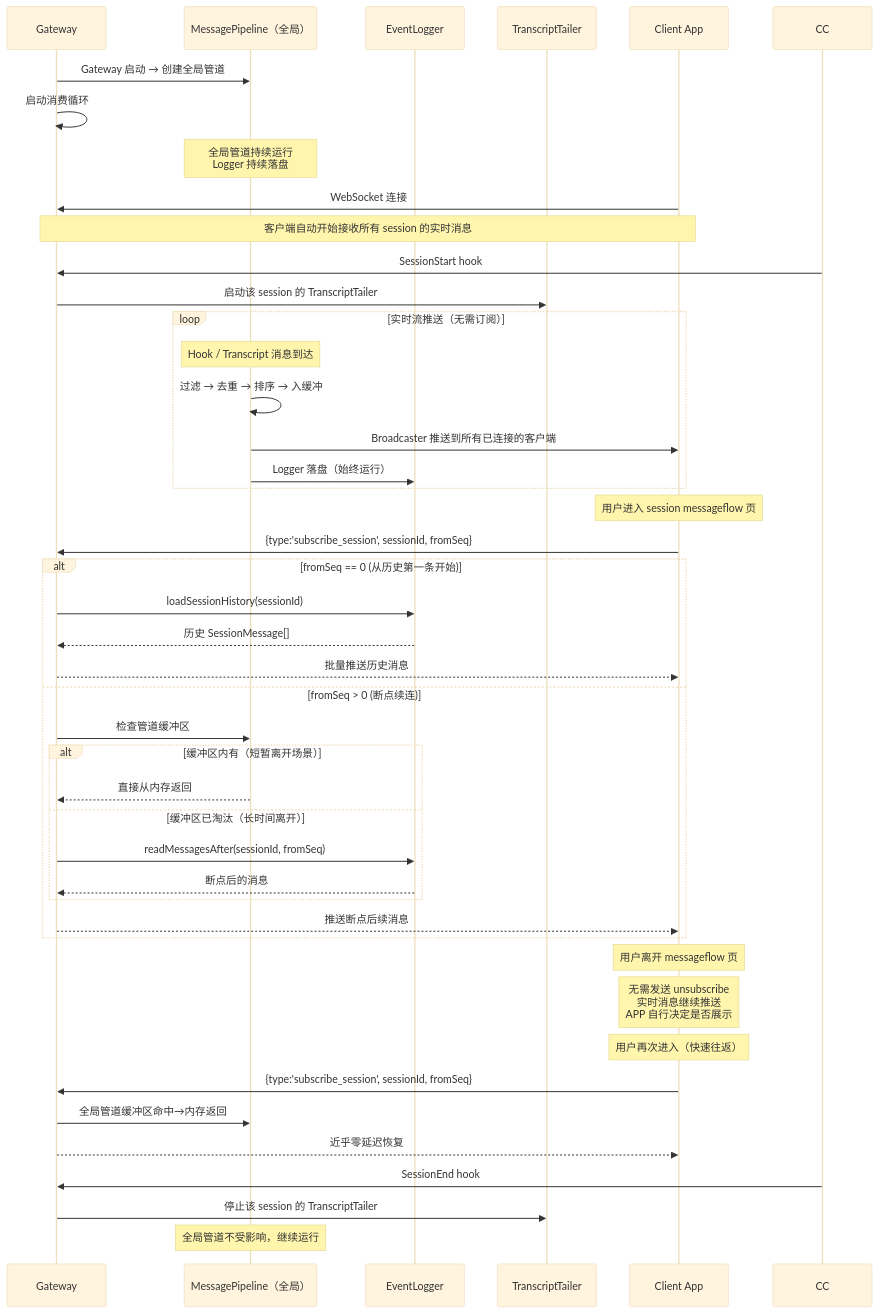
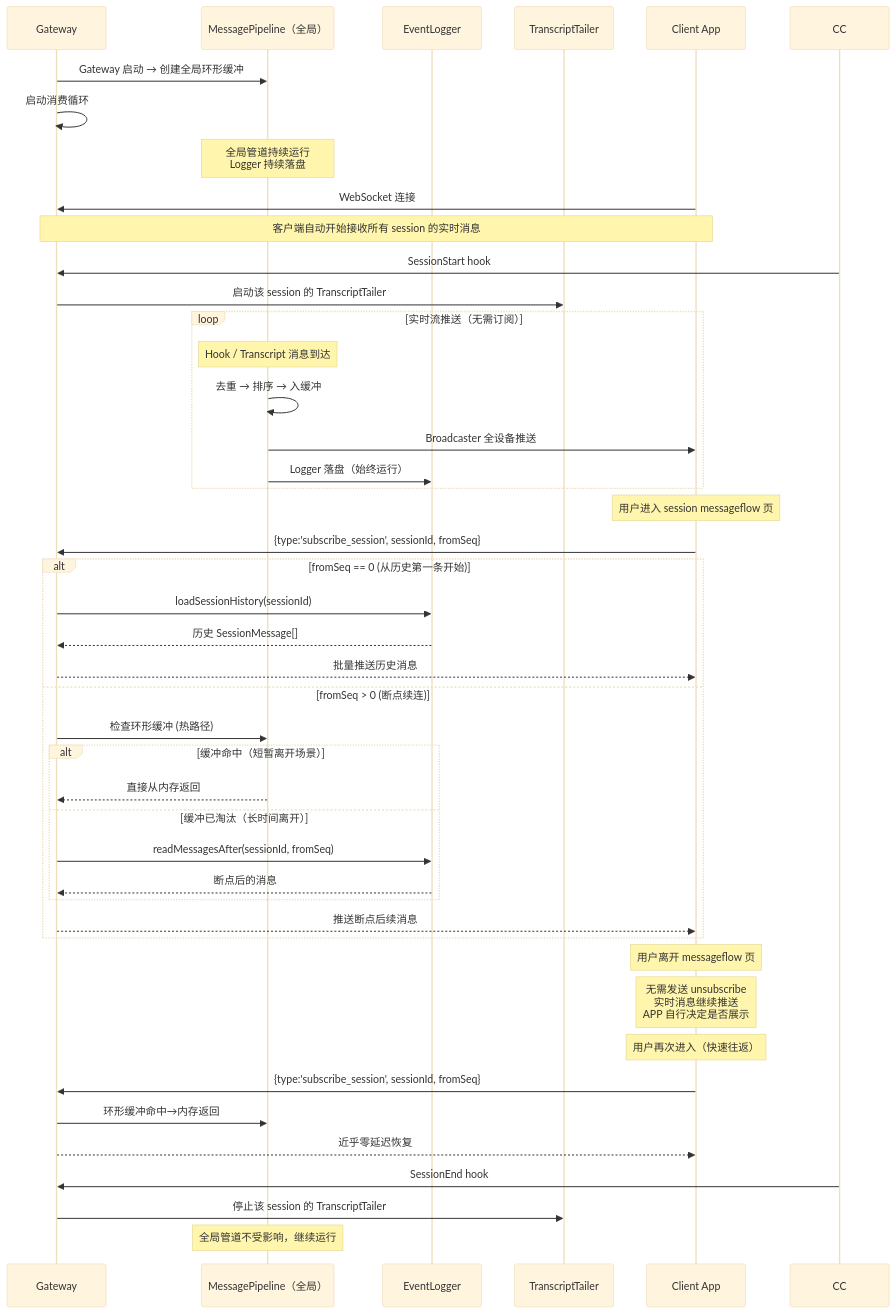
The third of 10 diagrams in docs/transcript-tailer-architecture.md (Menfre01/mypilot), drawn with Mermaid (base theme) before and after one commit. The commit also changed other lines of this file and 25 other files, not shown here.

````diff
--- a/docs/transcript-tailer-architecture.md
+++ b/docs/transcript-tailer-architecture.md
@@ -200,55 +170,55 @@
 ```mermaid
 sequenceDiagram
     participant GW as Gateway
     participant PL as MessagePipeline（全局）
     participant DISK as EventLogger
     participant TL as TranscriptTailer
     participant APP as Client App
 
-    GW->>PL: Gateway 启动 → 创建全局管道
+    GW->>PL: Gateway 启动 → 创建全局环形缓冲
     GW->>GW: 启动消费循环
 
     Note over PL: 全局管道持续运行<br/>Logger 持续落盘
 
     APP->>GW: WebSocket 连接
     Note over APP,GW: 客户端自动开始接收所有 session 的实时消息
 
     CC->>GW: SessionStart hook
     GW->>TL: 启动该 session 的 TranscriptTailer
 
     loop 实时流推送（无需订阅）
         Note over PL: Hook / Transcript 消息到达
-        PL->>PL: 过滤 → 去重 → 排序 → 入缓冲
-        PL->>APP: Broadcaster 推送到所有已连接的客户端
+        PL->>PL: 去重 → 排序 → 入缓冲
+        PL->>APP: Broadcaster 全设备推送
         PL->>DISK: Logger 落盘（始终运行）
     end
 
     Note over APP: 用户进入 session messageflow 页
     APP->>GW: {type:'subscribe_session', sessionId, fromSeq}
     alt fromSeq == 0 (从历史第一条开始)
         GW->>DISK: loadSessionHistory(sessionId)
         DISK-->>GW: 历史 SessionMessage[]
         GW-->>APP: 批量推送历史消息
     else fromSeq > 0 (断点续连)
-        GW->>PL: 检查管道缓冲区
-        alt 缓冲区内有（短暂离开场景）
+        GW->>PL: 检查环形缓冲 (热路径)
+        alt 缓冲命中（短暂离开场景）
             PL-->>GW: 直接从内存返回
-        else 缓冲区已淘汰（长时间离开）
+        else 缓冲已淘汰（长时间离开）
             GW->>DISK: readMessagesAfter(sessionId, fromSeq)
             DISK-->>GW: 断点后的消息
         end
         GW-->>APP: 推送断点后续消息
     end
 
     Note over APP: 用户离开 messageflow 页
     Note over APP: 无需发送 unsubscribe<br/>实时消息继续推送<br/>APP 自行决定是否展示
 
     Note over APP: 用户再次进入（快速往返）
     APP->>GW: {type:'subscribe_session', sessionId, fromSeq}
-    GW->>PL: 全局管道缓冲区命中→内存返回
+    GW->>PL: 环形缓冲命中→内存返回
     GW-->>APP: 近乎零延迟恢复
 
     CC->>GW: SessionEnd hook
     GW->>TL: 停止该 session 的 TranscriptTailer
     Note over PL: 全局管道不受影响，继续运行
 ```
````
